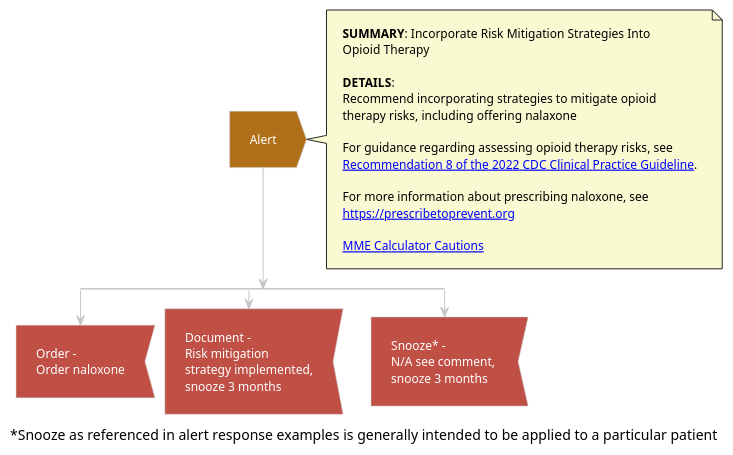
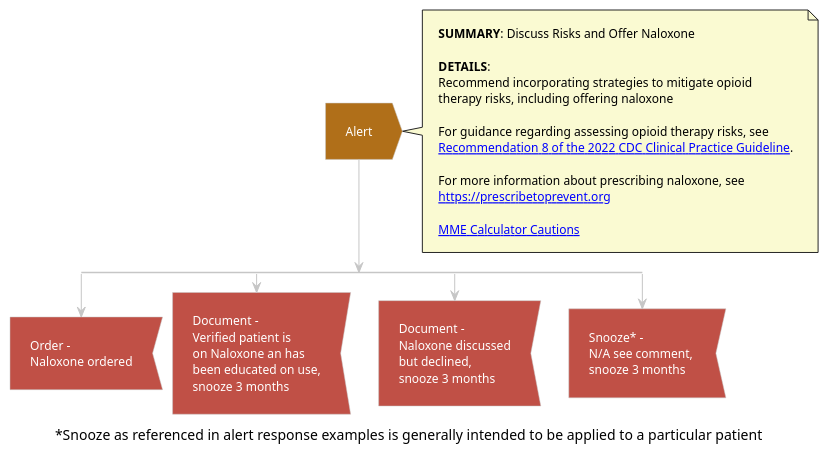
The diagram in input/images-source/alert_rec08_ordersign.plantuml (cqframework/opioid-cds-r4), drawn with PlantUML before and after one commit. The commit also changed 87 other files, not shown here.

```diff
--- a/input/images-source/alert_rec08_ordersign.plantuml
+++ b/input/images-source/alert_rec08_ordersign.plantuml
@@ -1,49 +1,55 @@
 @startuml alert_rec08_ordersign
 !theme carbon-gray
 <style>
 activityDiagram {
  FontColor white
  arrow {
   FontColor: Black
  }
  note {
   FontColor: Black
   BackgroundColor: #fafad2
  }
 }
 </style>
 #b06f19:Alert;<<output>>
 note right
-**SUMMARY**: Incorporate Risk Mitigation Strategies Into 
-Opioid Therapy
+**SUMMARY**: Discuss Risks and Offer Naloxone 
 
 **DETAILS**:
 Recommend incorporating strategies to mitigate opioid 
-therapy risks, including offering nalaxone
+therapy risks, including offering naloxone
 
 For guidance regarding assessing opioid therapy risks, see 
 [[https://www.cdc.gov/mmwr/volumes/71/rr/rr7103a1.htm#Recommendation8 Recommendation 8 of the 2022 CDC Clinical Practice Guideline]].
 
 For more information about prescribing naloxone, see 
 [[https://prescribetoprevent.org https://prescribetoprevent.org]]
 
 [[index.html#morphine-milligram-equivalent-mme-calculation-cautions MME Calculator Cautions]]
 end note
 split
 #c05046:Order - 
-Order naloxone;<<input>>
+Naloxone ordered;<<input>>
 kill
 split again
 #c05046:Document - 
-Risk mitigation
-strategy implemented,
+Verified patient is
+on Naloxone an has
+been educated on use,
+snooze 3 months;<<input>>
+kill
+split again
+#c05046:Document - 
+Naloxone discussed
+but declined,
 snooze 3 months;<<input>>
 kill
 split again
 #c05046:Snooze* - 
 N/A see comment, 
 snooze 3 months;<<input>>
 kill
 end split
 caption ~*Snooze as referenced in alert response examples is generally intended to be applied to a particular patient
 @enduml
```
